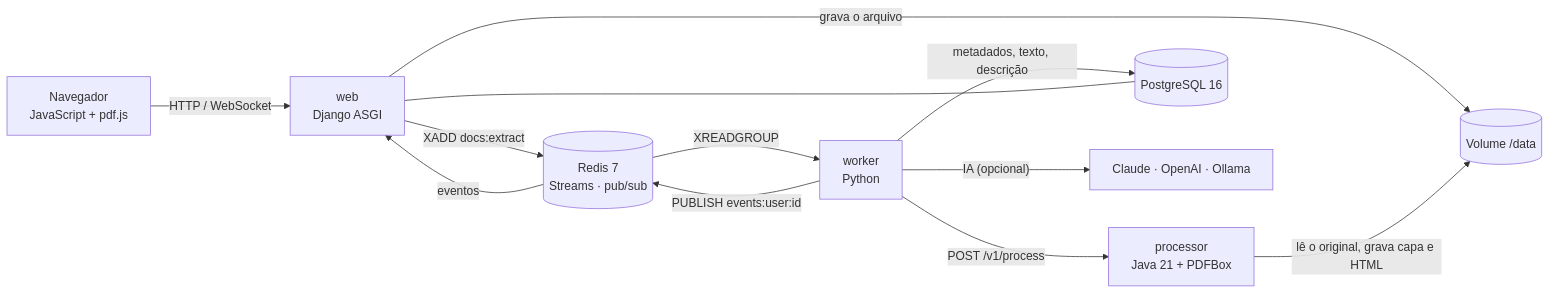
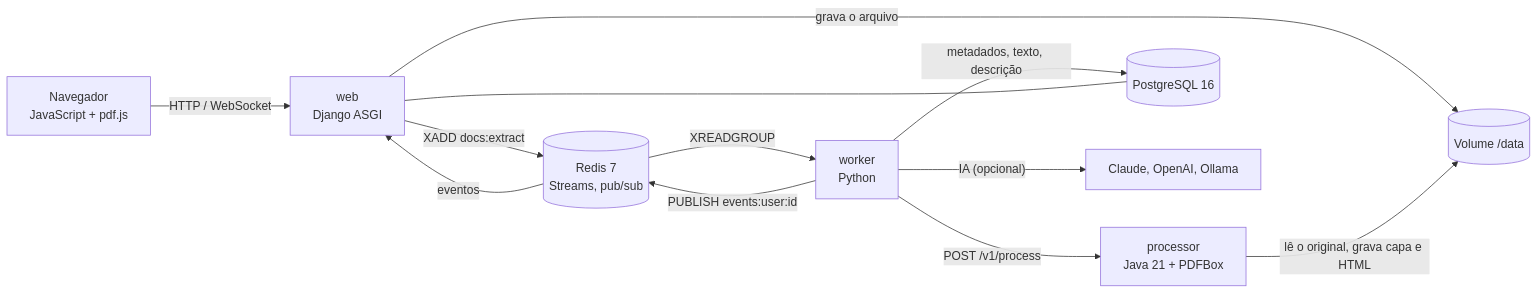
The diagram in README.md (Violet-pixel/Document-Library-Platform), drawn with Mermaid before and after one commit. The commit also changed other lines of this file and 41 other files, not shown here.

````diff
--- a/README.md
+++ b/README.md
@@ -43,14 +170,14 @@
 ```mermaid
 flowchart LR
     UI["Navegador<br/>JavaScript + pdf.js"] -- "HTTP / WebSocket" --> WEB["web<br/>Django ASGI"]
     WEB -- "grava o arquivo" --> VOL[("Volume /data")]
-    WEB -- "XADD docs:extract" --> RS[("Redis 7<br/>Streams · pub/sub")]
+    WEB -- "XADD docs:extract" --> RS[("Redis 7<br/>Streams, pub/sub")]
     RS -- "XREADGROUP" --> WK["worker<br/>Python"]
     WK -- "POST /v1/process" --> JAVA["processor<br/>Java 21 + PDFBox"]
     JAVA -- "lê o original, grava capa e HTML" --> VOL
     WK -- "metadados, texto, descrição" --> PG[("PostgreSQL 16")]
-    WK -- "IA (opcional)" --> IA["Claude · OpenAI · Ollama"]
+    WK -- "IA (opcional)" --> IA["Claude, OpenAI, Ollama"]
     WK -- "PUBLISH events:user:id" --> RS
     RS -- "eventos" --> WEB
     WEB --- PG
 ```
````
